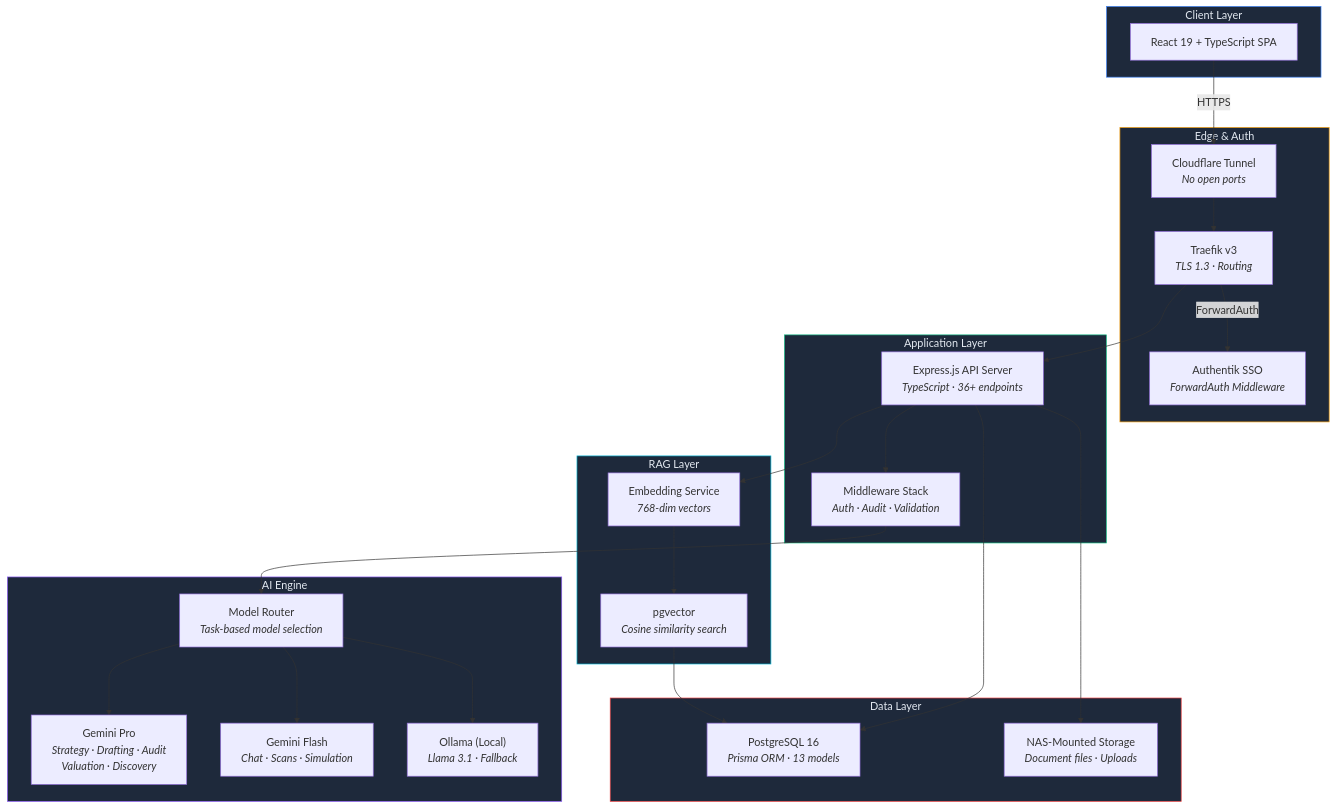
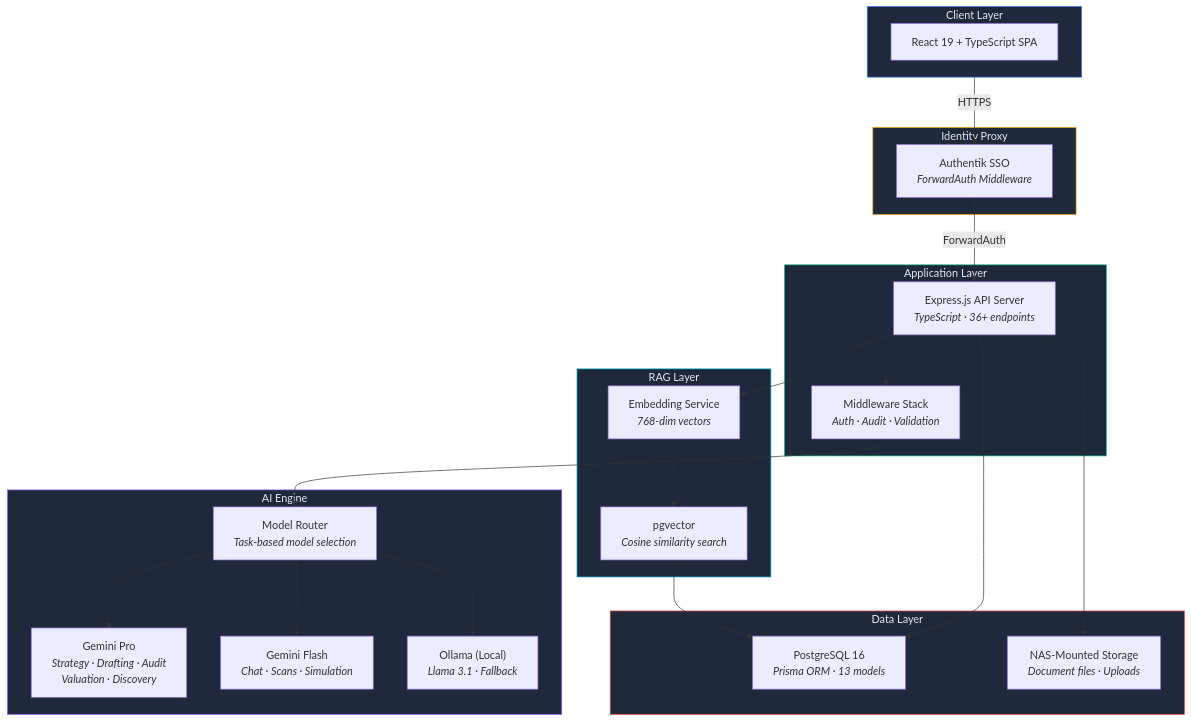
One commit to EolaFam1828/AetherLegalIntelligence changed the first of 11 diagrams in ARCHITECTURE.md. Above: the diagram before and after it, drawn with Mermaid. The commit also changed other lines of this file and 4 other files, not shown here.

````diff
--- a/ARCHITECTURE.md
+++ b/ARCHITECTURE.md
@@ -11,50 +11,47 @@
 ```mermaid
 flowchart TB
     subgraph CLIENT["Client Layer"]
         UI["React 19 + TypeScript SPA"]
     end
 
-    subgraph EDGE["Edge & Auth"]
-        CF["Cloudflare Tunnel<br/><i>No open ports</i>"]
-        TF["Traefik v3<br/><i>TLS 1.3 · Routing</i>"]
+    subgraph EDGE["Identity Proxy"]
         AK["Authentik SSO<br/><i>ForwardAuth Middleware</i>"]
     end
 
     subgraph API["Application Layer"]
         EX["Express.js API Server<br/><i>TypeScript · 36+ endpoints</i>"]
         MW["Middleware Stack<br/><i>Auth · Audit · Validation</i>"]
     end
 
     subgraph AI["AI Engine"]
         RT["Model Router<br/><i>Task-based model selection</i>"]
         G3P["Gemini Pro<br/><i>Strategy · Drafting · Audit<br/>Valuation · Discovery</i>"]
         G3F["Gemini Flash<br/><i>Chat · Scans · Simulation</i>"]
         OL["Ollama (Local)<br/><i>Llama 3.1 · Fallback</i>"]
     end
 
     subgraph VECTOR["RAG Layer"]
         EMB["Embedding Service<br/><i>768-dim vectors</i>"]
         PGV["pgvector<br/><i>Cosine similarity search</i>"]
     end
 
     subgraph DATA["Data Layer"]
         PG["PostgreSQL 16<br/><i>Prisma ORM · 13 models</i>"]
         FS["NAS-Mounted Storage<br/><i>Document files · Uploads</i>"]
     end
 
-    UI -->|HTTPS| CF --> TF
-    TF -->|ForwardAuth| AK
-    TF --> EX
+    UI -->|HTTPS| AK
+    AK -->|ForwardAuth| EX
     EX --> MW --> RT
     RT --> G3P & G3F & OL
     EX --> EMB --> PGV
     PGV --> PG
     EX --> PG & FS
 
     style CLIENT fill:#1e293b,stroke:#3b82f6,color:#e2e8f0
     style EDGE fill:#1e293b,stroke:#f59e0b,color:#e2e8f0
     style API fill:#1e293b,stroke:#10b981,color:#e2e8f0
     style AI fill:#1e293b,stroke:#8b5cf6,color:#e2e8f0
     style VECTOR fill:#1e293b,stroke:#06b6d4,color:#e2e8f0
     style DATA fill:#1e293b,stroke:#ef4444,color:#e2e8f0
 ```
````
